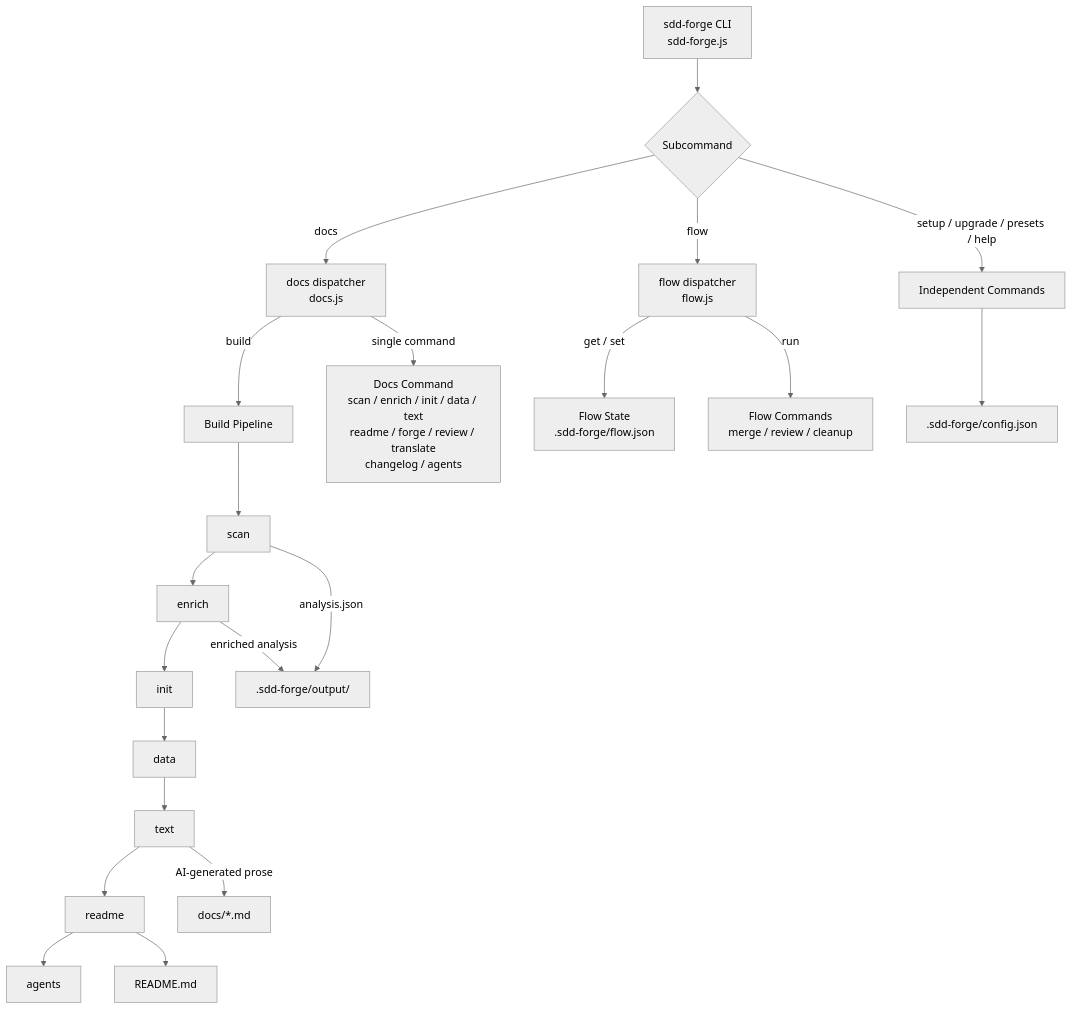
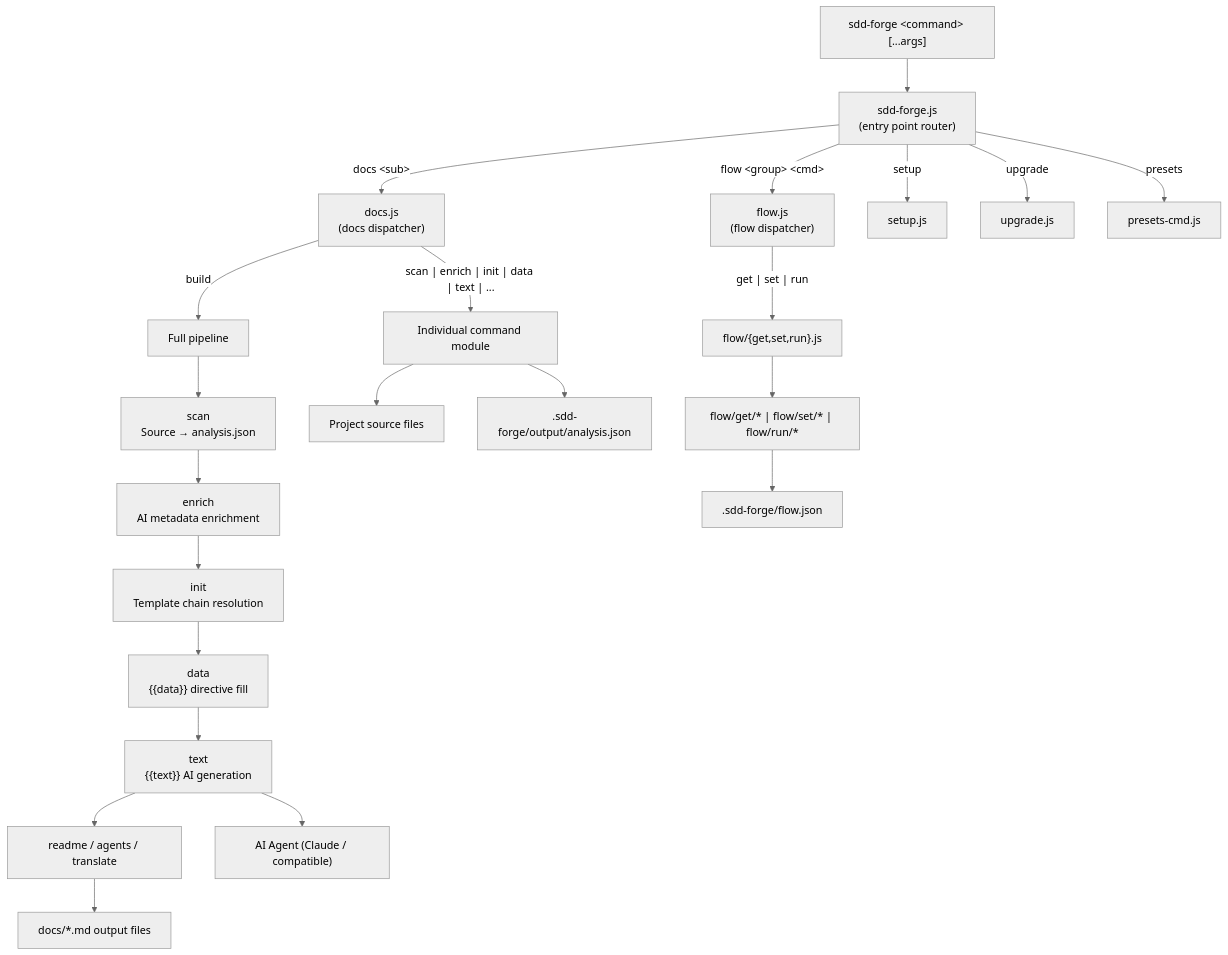
Before and after one commit to SpreadWorks/sdd-forge: the diagram in docs/overview.md, drawn with Mermaid (neutral theme). The commit also changed other lines of this file and 10 other files, not shown here.

First line of the commit message:
fix: revert text deep mode to minify, add enrich speed benchmark data

````diff
--- a/docs/overview.md
+++ b/docs/overview.md
@@ -29,29 +33,29 @@
 ```mermaid
 flowchart TD
-    CLI["sdd-forge CLI\nsdd-forge.js"] --> ROUTE{Subcommand}
+    CLI["sdd-forge &lt;command&gt; [...args]"] --> Router["sdd-forge.js\n(entry point router)"]
 
-    ROUTE -->|docs| DOCS["docs dispatcher\ndocs.js"]
-    ROUTE -->|flow| FLOW["flow dispatcher\nflow.js"]
-    ROUTE -->|setup / upgrade / presets / help| INDIE["Independent Commands"]
+    Router -->|"docs &lt;sub&gt;"| DocsDispatcher["docs.js\n(docs dispatcher)"]
+    Router -->|"flow &lt;group&gt; &lt;cmd&gt;"| FlowDispatcher["flow.js\n(flow dispatcher)"]
+    Router -->|"setup"| Setup["setup.js"]
+    Router -->|"upgrade"| Upgrade["upgrade.js"]
+    Router -->|"presets"| Presets["presets-cmd.js"]
 
-    DOCS -->|build| PIPE["Build Pipeline"]
-    DOCS -->|single command| DCMD["Docs Command\nscan / enrich / init / data / text\nreadme / forge / review / translate\nchangelog / agents"]
+    DocsDispatcher -->|"build"| Pipeline["Full pipeline"]
+    Pipeline --> Scan["scan\nSource → analysis.json"]
+    Scan --> Enrich["enrich\nAI metadata enrichment"]
+    Enrich --> Init["init\nTemplate chain resolution"]
+    Init --> Data["data\n{{data}} directive fill"]
+    Data --> Text["text\n{{text}} AI generation"]
+    Text --> Readme["readme / agents / translate"]
 
-    PIPE --> S1[scan]
-    S1 --> S2[enrich]
-    S2 --> S3[init]
-    S3 --> S4[data]
-    S4 --> S5[text]
-    S5 --> S6[readme]
-    S6 --> S7[agents]
+    DocsDispatcher -->|"scan | enrich | init | data | text | ..."| IndividualCmd["Individual command module"]
 
-    S1 -->|analysis.json| STORE[".sdd-forge/output/"]
-    S2 -->|enriched analysis| STORE
-    S5 -->|AI-generated prose| DOCS_OUT["docs/*.md"]
-    S6 --> README["README.md"]
+    FlowDispatcher -->|"get | set | run"| FlowGroup["flow/{get,set,run}.js"]
+    FlowGroup --> FlowCmd["flow/get/* | flow/set/* | flow/run/*"]
+    FlowCmd --> FlowState[".sdd-forge/flow.json"]
 
-    FLOW -->|get / set| STATE["Flow State\n.sdd-forge/flow.json"]
-    FLOW -->|run| FCMD["Flow Commands\nmerge / review / cleanup"]
-
-    INDIE --> CFG[".sdd-forge/config.json"]
+    IndividualCmd --> SrcCode["Project source files"]
+    IndividualCmd --> AnalysisJSON[".sdd-forge/output/analysis.json"]
+    Text --> AgentAPI["AI Agent (Claude / compatible)"]
+    Readme --> Docs["docs/*.md output files"]
 ```
````
